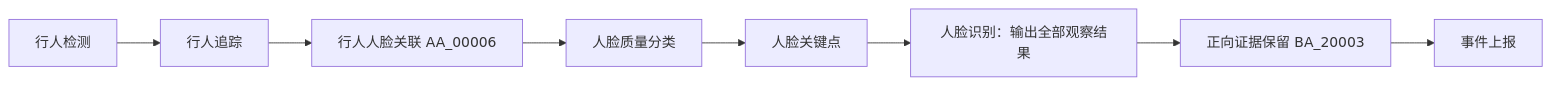
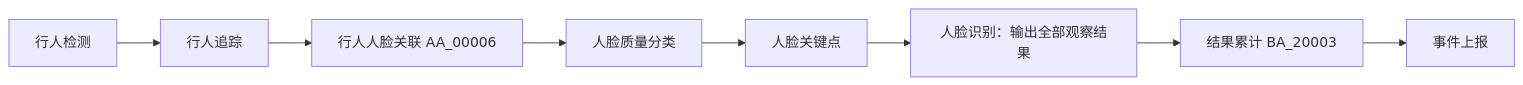
Before and after one commit to cosmo-wander-ai/cosmo-edge: the diagram in docs/guide/stranger-alarm.md, drawn with Mermaid. The commit also changed other lines of this file and 21 other files, not shown here.

````diff
--- a/docs/guide/stranger-alarm.md
+++ b/docs/guide/stranger-alarm.md
@@ -15,10 +17,10 @@
 ```mermaid
 flowchart LR
   A[行人检测] --> B[行人追踪]
   B --> C[行人人脸关联 AA_00006]
   C --> D[人脸质量分类]
   D --> E[人脸关键点]
   E --> F[人脸识别：输出全部观察结果]
-  F --> G[正向证据保留 BA_20003]
+  F --> G[结果累计 BA_20003]
   G --> H[事件上报]
 ```
````
